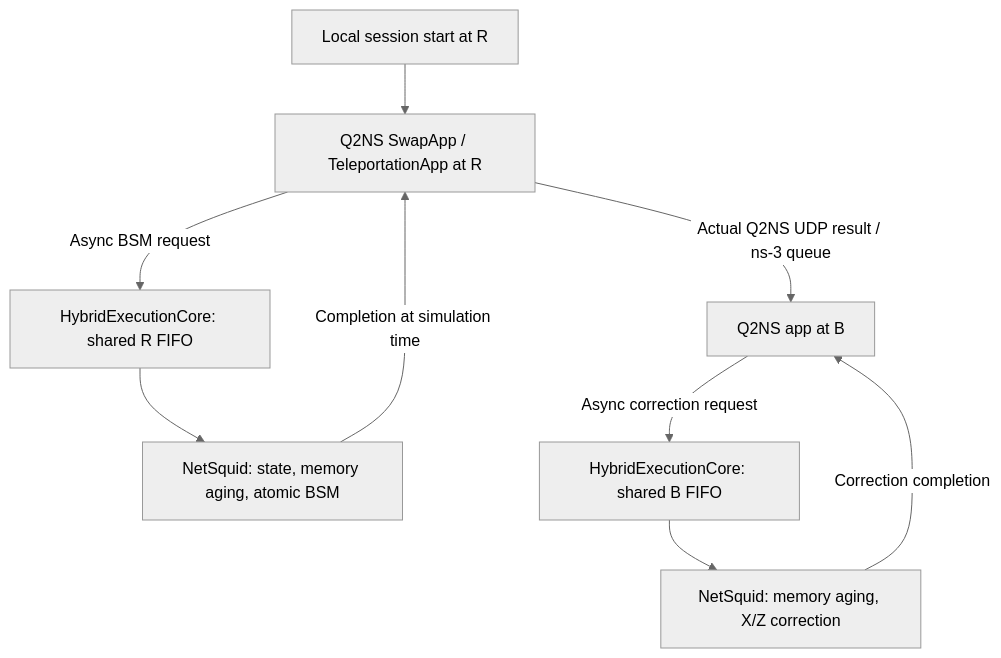
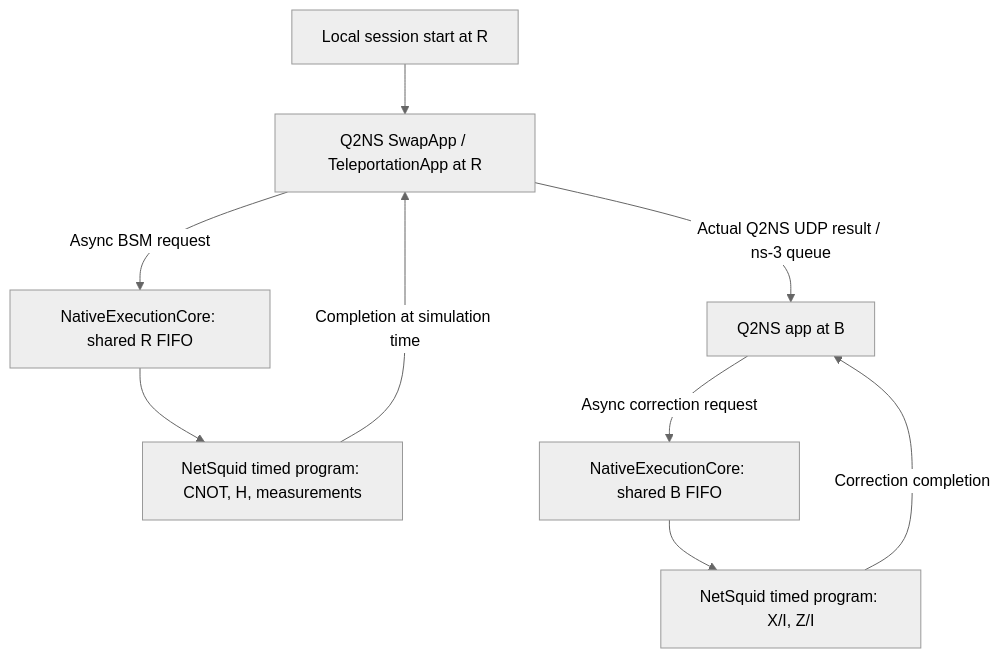
Before and after one commit to johnlimmm/push: the diagram in README.md, drawn with Mermaid (neutral theme). The commit also changed other lines of this file and 96 other files, not shown here.

First line of the commit message:
Execute hybrid operations with native NetSquid gate timing and refresh evaluation

````diff
--- a/README.md
+++ b/README.md
@@ -29,11 +35,11 @@
 ```mermaid
 flowchart TD
     S[Local session start at R] --> R[Q2NS SwapApp / TeleportationApp at R]
-    R -->|Async BSM request| H[HybridExecutionCore: shared R FIFO]
-    H --> N[NetSquid: state, memory aging, atomic BSM]
+    R -->|Async BSM request| H[NativeExecutionCore: shared R FIFO]
+    H --> N[NetSquid timed program: CNOT, H, measurements]
     N -->|Completion at simulation time| R
     R -->|Actual Q2NS UDP result / ns-3 queue| B[Q2NS app at B]
-    B -->|Async correction request| Q[HybridExecutionCore: shared B FIFO]
-    Q --> M[NetSquid: memory aging, X/Z correction]
+    B -->|Async correction request| Q[NativeExecutionCore: shared B FIFO]
+    Q --> M[NetSquid timed program: X/I, Z/I]
     M -->|Correction completion| B
 ```
````
